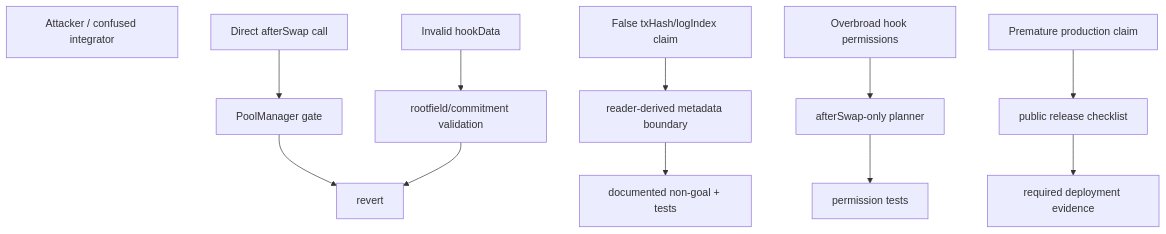
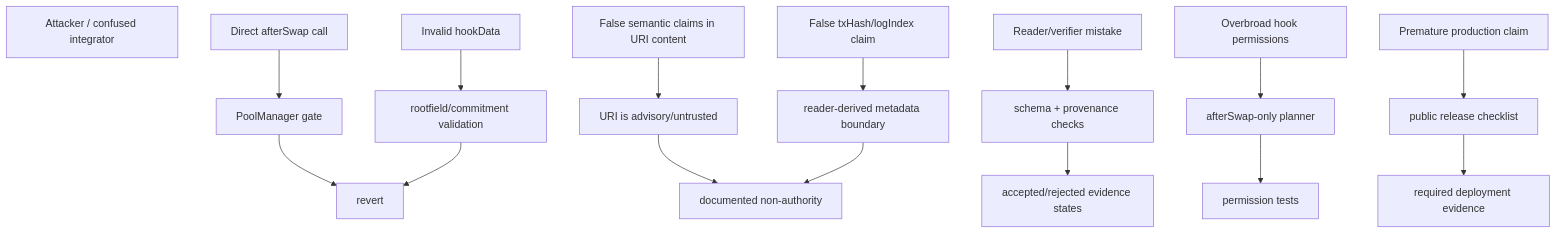
Before and after one commit to FlowmemoryAI/flowmemory-uniswap-v4-hooks: the diagram in docs/SECURITY_MODEL.md, drawn with Mermaid. The commit also changed other lines of this file and 22 other files, not shown here.

````diff
--- a/docs/SECURITY_MODEL.md
+++ b/docs/SECURITY_MODEL.md
@@ -31,21 +46,27 @@
 ```mermaid
 flowchart TB
     Attacker["Attacker / confused integrator"]
     WrongCaller["Direct afterSwap call"]
     BadData["Invalid hookData"]
+    FalseUri["False semantic claims in URI content"]
     MetadataClaim["False txHash/logIndex claim"]
+    ReaderMistake["Reader/verifier mistake"]
     BroadHook["Overbroad hook permissions"]
     LiveClaim["Premature production claim"]
 
     WrongCaller --> Gate["PoolManager gate"]
     BadData --> Validation["rootfield/commitment validation"]
+    FalseUri --> Untrusted["URI is advisory/untrusted"]
     MetadataClaim --> Boundary["reader-derived metadata boundary"]
+    ReaderMistake --> Evidence["schema + provenance checks"]
     BroadHook --> Planner["afterSwap-only planner"]
     LiveClaim --> Release["public release checklist"]
 
     Gate --> Revert["revert"]
     Validation --> Revert
-    Boundary --> Docs["documented non-goal + tests"]
+    Untrusted --> Docs["documented non-authority"]
+    Boundary --> Docs
+    Evidence --> Report["accepted/rejected evidence states"]
     Planner --> Tests["permission tests"]
-    Release --> Evidence["required deployment evidence"]
+    Release --> PublicEvidence["required deployment evidence"]
 ```
````
